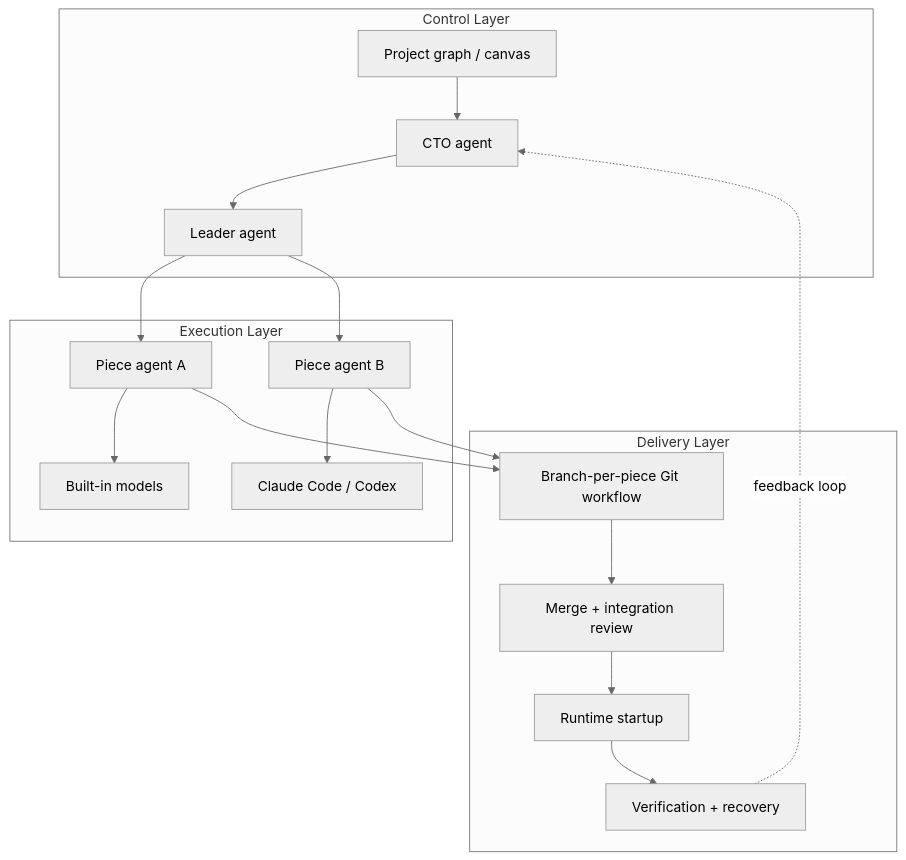
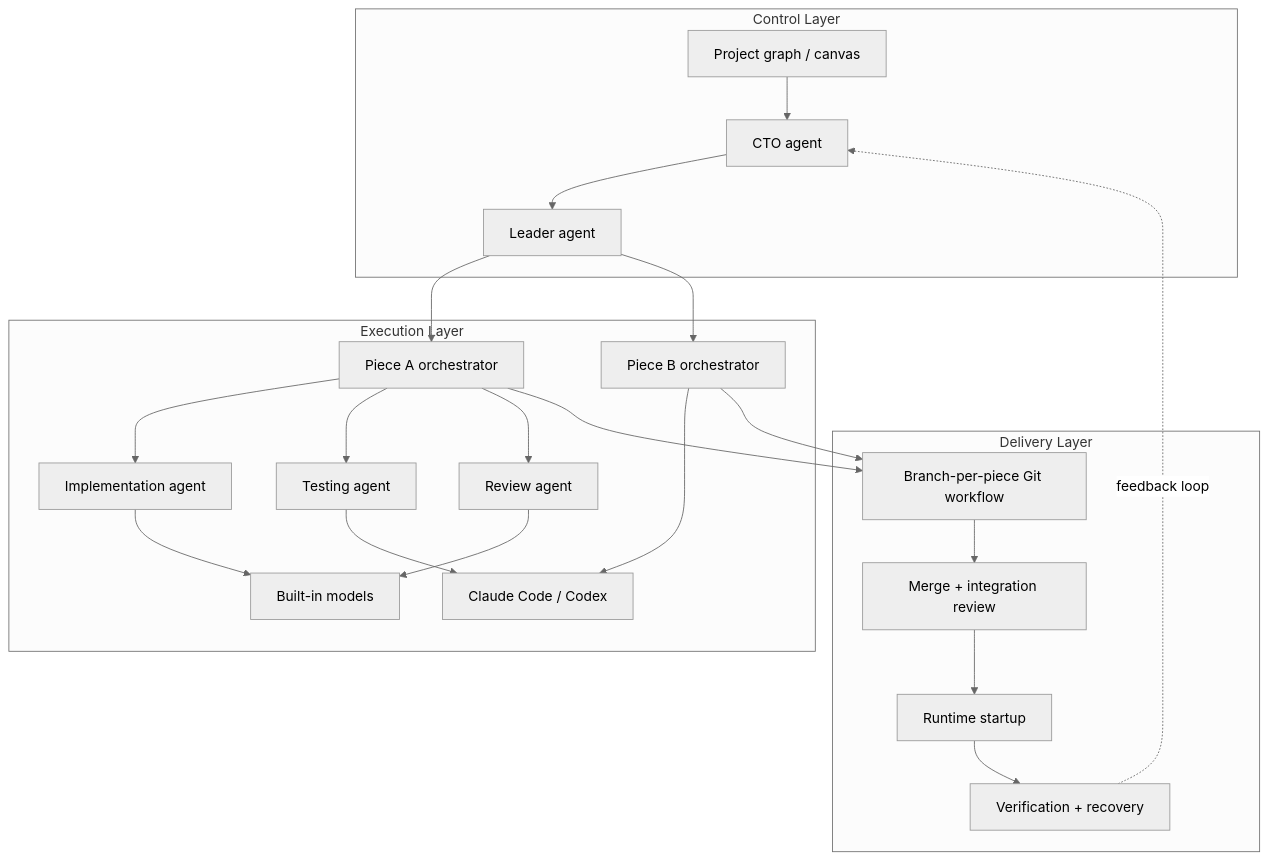
Before and after one commit to Pradakicks/project_builder: the diagram in README.md, drawn with Mermaid (neutral theme). The commit also changed 2 other files, not shown here.

First paragraph of the commit message:
feat(agents): Phase 5 — integration tests + docs close the specialized loop
Two new integration tests exercise the end-to-end flow using the fake
codex stub already in test_support:

````diff
--- a/README.md
+++ b/README.md
@@ -44,33 +44,41 @@
 ```mermaid
 flowchart TB
   subgraph Control["Control Layer"]
     Canvas[Project graph / canvas]
     CTO[CTO agent]
     Leader[Leader agent]
     Canvas --> CTO
     CTO --> Leader
   end
 
   subgraph Execution["Execution Layer"]
-    PieceA[Piece agent A]
-    PieceB[Piece agent B]
+    PieceA[Piece A orchestrator]
+    PieceB[Piece B orchestrator]
+    ImplA[Implementation agent]
+    TestA[Testing agent]
+    ReviewA[Review agent]
     Models[Built-in models]
     Coders[Claude Code / Codex]
     Leader --> PieceA
     Leader --> PieceB
-    PieceA --> Models
+    PieceA --> ImplA
+    PieceA --> TestA
+    PieceA --> ReviewA
+    ImplA --> Models
+    TestA --> Coders
+    ReviewA --> Models
     PieceB --> Coders
   end
 
   subgraph Delivery["Delivery Layer"]
     Git[Branch-per-piece Git workflow]
     Review[Merge + integration review]
     Runtime[Runtime startup]
     Verify[Verification + recovery]
     Git --> Review --> Runtime --> Verify
   end
 
   PieceA --> Git
   PieceB --> Git
   Verify -. feedback loop .-> CTO
 ```
````
